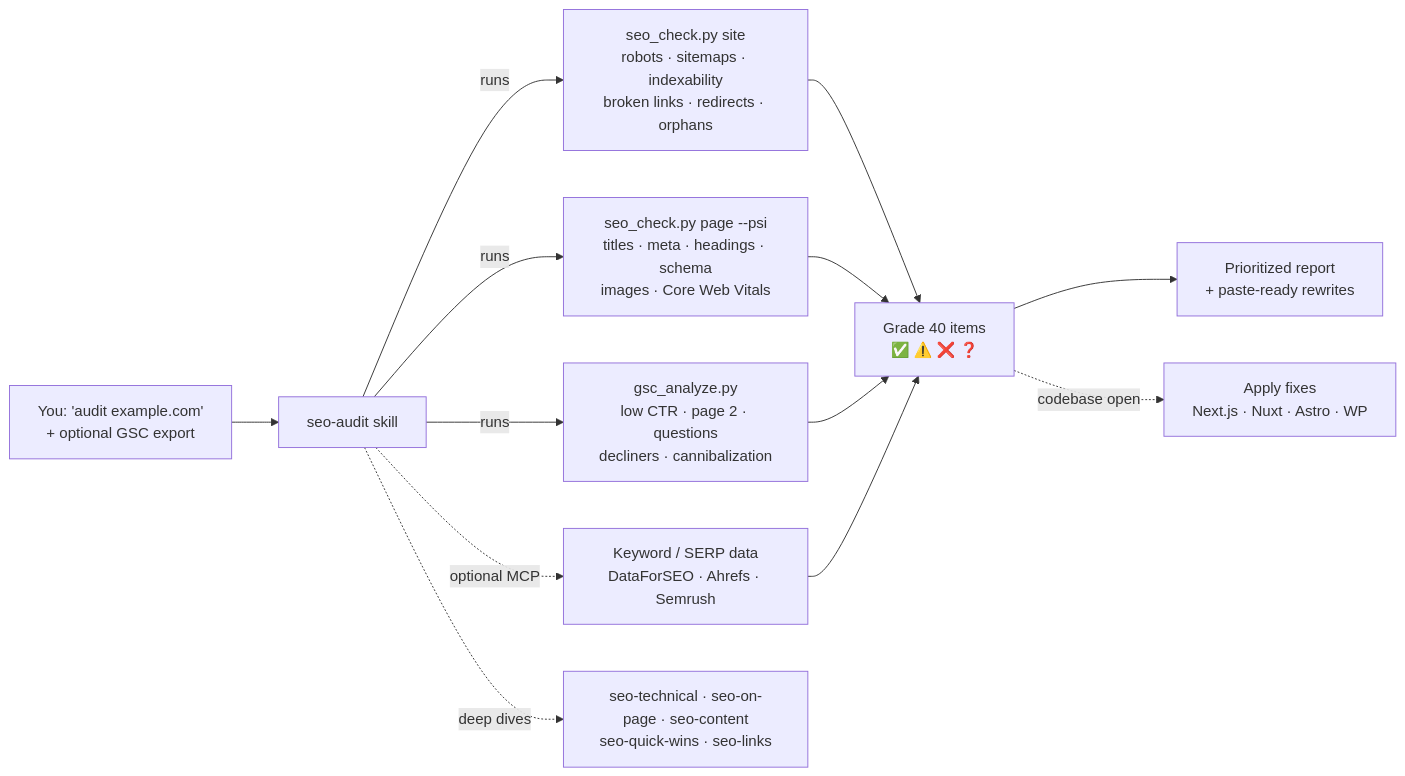
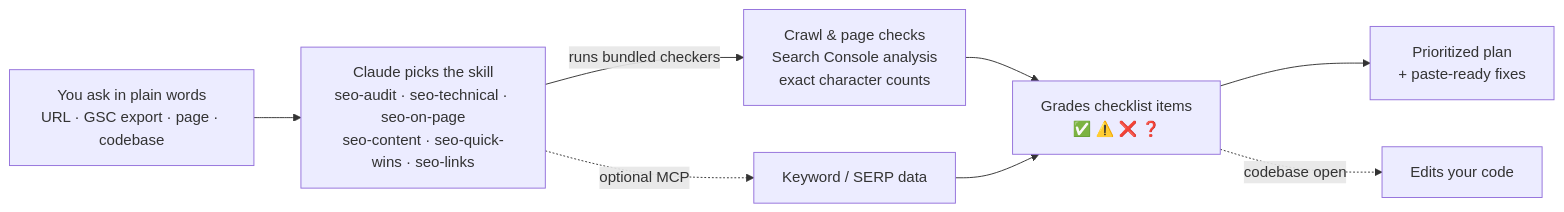
Before and after one commit to Moncef12/seo-checklist-skills: the diagram in README.md, drawn with Mermaid. The commit also changed other lines of this file and 12 other files, not shown here.

````diff
--- a/README.md
+++ b/README.md
@@ -30,12 +107,9 @@
 ```mermaid
 flowchart LR
-    U["You: 'audit example.com'<br/>+ optional GSC export"] --> A[seo-audit skill]
-    A -->|runs| S1["seo_check.py site<br/>robots · sitemaps · indexability<br/>broken links · redirects · orphans"]
-    A -->|runs| S2["seo_check.py page --psi<br/>titles · meta · headings · schema<br/>images · Core Web Vitals"]
-    A -->|runs| S3["gsc_analyze.py<br/>low CTR · page 2 · questions<br/>decliners · cannibalization"]
-    A -.->|optional MCP| K["Keyword / SERP data<br/>DataForSEO · Ahrefs · Semrush"]
-    S1 & S2 & S3 & K --> G["Grade 40 items<br/>✅ ⚠️ ❌ ❓"]
-    G --> R["Prioritized report<br/>+ paste-ready rewrites"]
-    G -.->|codebase open| F["Apply fixes<br/>Next.js · Nuxt · Astro · WP"]
-    A -.->|deep dives| D["seo-technical · seo-on-page · seo-content<br/>seo-quick-wins · seo-links"]
+    U["You ask in plain words<br/>URL · GSC export · page · codebase"] --> A["Claude picks the skill<br/>seo-audit · seo-technical · seo-on-page<br/>seo-content · seo-quick-wins · seo-links"]
+    A -->|runs bundled checkers| S["Crawl & page checks<br/>Search Console analysis<br/>exact character counts"]
+    A -.->|optional MCP| K["Keyword / SERP data"]
+    S & K --> G["Grades checklist items<br/>✅ ⚠️ ❌ ❓"]
+    G --> R["Prioritized plan<br/>+ paste-ready fixes"]
+    G -.->|codebase open| F["Edits your code"]
 ```
````
